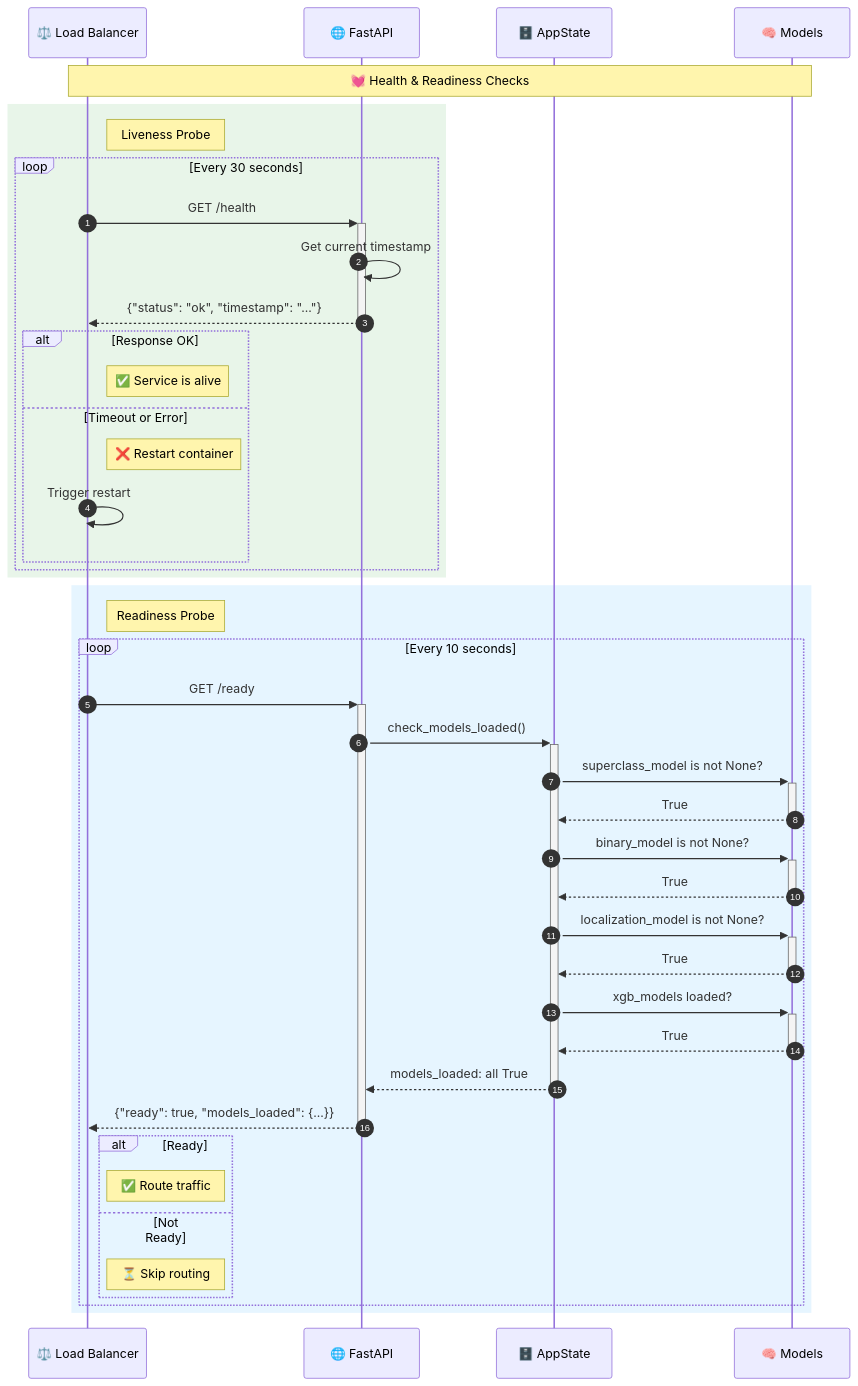
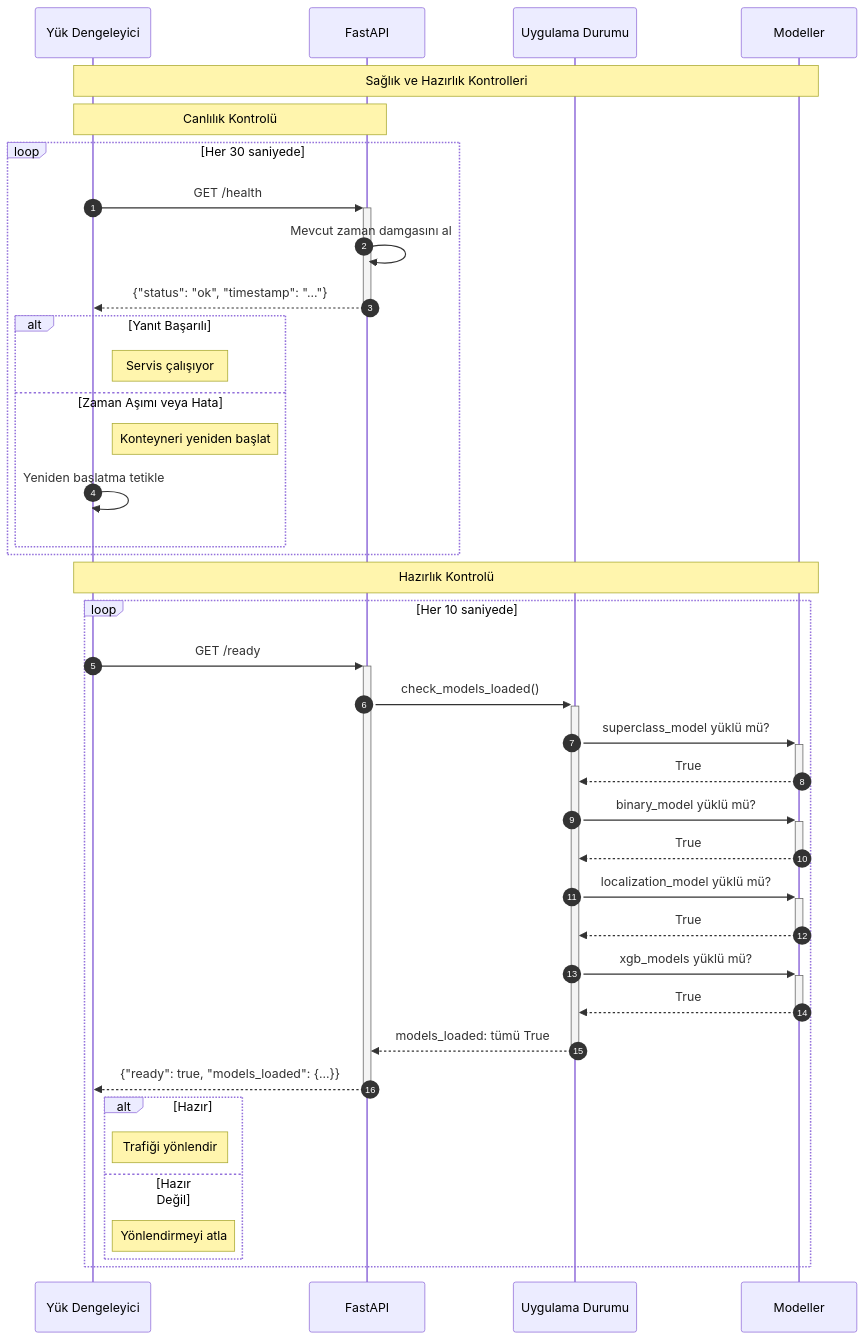
One commit to mUsaulug/CardioGuard-AI changed the seventh of 10 diagrams in docs/diagrams/06_sequence_diagram.md. Above: the diagram before and after it, drawn with Mermaid. The commit also changed other lines of this file and 5 other files, not shown here.

````diff
--- a/docs/diagrams/06_sequence_diagram.md
+++ b/docs/diagrams/06_sequence_diagram.md
@@ -494,53 +477,51 @@
 ```mermaid
 sequenceDiagram
     autonumber
     
-    participant LB as ⚖️ Load Balancer
-    participant API as 🌐 FastAPI
-    participant State as 🗄️ AppState
-    participant Models as 🧠 Models
+    participant LB as Yük Dengeleyici
+    participant API as FastAPI
+    participant State as Uygulama Durumu
+    participant Models as Modeller
     
-    Note over LB, Models: 💓 Health & Readiness Checks
+    Note over LB, Models: Sağlık ve Hazırlık Kontrolleri
     
-    rect rgb(232, 245, 233)
-        Note right of LB: Liveness Probe
-        loop Every 30 seconds
-            LB->>+API: GET /health
-            API->>API: Get current timestamp
-            API-->>-LB: {"status": "ok", "timestamp": "..."}
-            
-            alt Response OK
-                Note right of LB: ✅ Service is alive
-            else Timeout or Error
-                Note right of LB: ❌ Restart container
-                LB->>LB: Trigger restart
-            end
+    Note over LB, API: Canlılık Kontrolü
+    
+    loop Her 30 saniyede
+        LB->>+API: GET /health
+        API->>API: Mevcut zaman damgasını al
+        API-->>-LB: {"status": "ok", "timestamp": "..."}
+        
+        alt Yanıt Başarılı
+            Note right of LB: Servis çalışıyor
+        else Zaman Aşımı veya Hata
+            Note right of LB: Konteyneri yeniden başlat
+            LB->>LB: Yeniden başlatma tetikle
         end
     end
     
-    rect rgb(230, 245, 255)
-        Note right of LB: Readiness Probe
-        loop Every 10 seconds
-            LB->>+API: GET /ready
-            
-            API->>+State: check_models_loaded()
-            State->>+Models: superclass_model is not None?
-            Models-->>-State: True
-            State->>+Models: binary_model is not None?
-            Models-->>-State: True
-            State->>+Models: localization_model is not None?
-            Models-->>-State: True
-            State->>+Models: xgb_models loaded?
-            Models-->>-State: True
-            State-->>-API: models_loaded: all True
-            
-            API-->>-LB: {"ready": true, "models_loaded": {...}}
-            
-            alt Ready
-                Note right of LB: ✅ Route traffic
-            else Not Ready
-                Note right of LB: ⏳ Skip routing
-            end
+    Note over LB, Models: Hazırlık Kontrolü
+    
+    loop Her 10 saniyede
+        LB->>+API: GET /ready
+        
+        API->>+State: check_models_loaded()
+        State->>+Models: superclass_model yüklü mü?
+        Models-->>-State: True
+        State->>+Models: binary_model yüklü mü?
+        Models-->>-State: True
+        State->>+Models: localization_model yüklü mü?
+        Models-->>-State: True
+        State->>+Models: xgb_models yüklü mü?
+        Models-->>-State: True
+        State-->>-API: models_loaded: tümü True
+        
+        API-->>-LB: {"ready": true, "models_loaded": {...}}
+        
+        alt Hazır
+            Note right of LB: Trafiği yönlendir
+        else Hazır Değil
+            Note right of LB: Yönlendirmeyi atla
         end
     end
 ```
````
